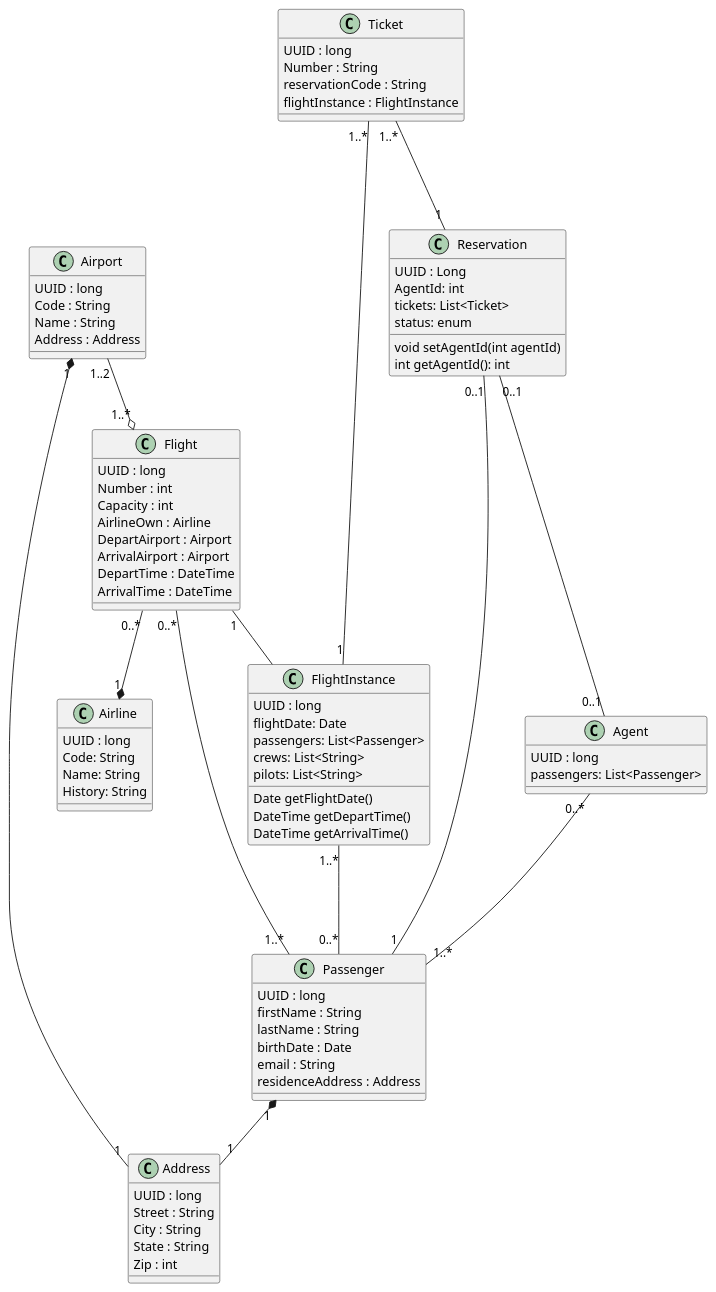
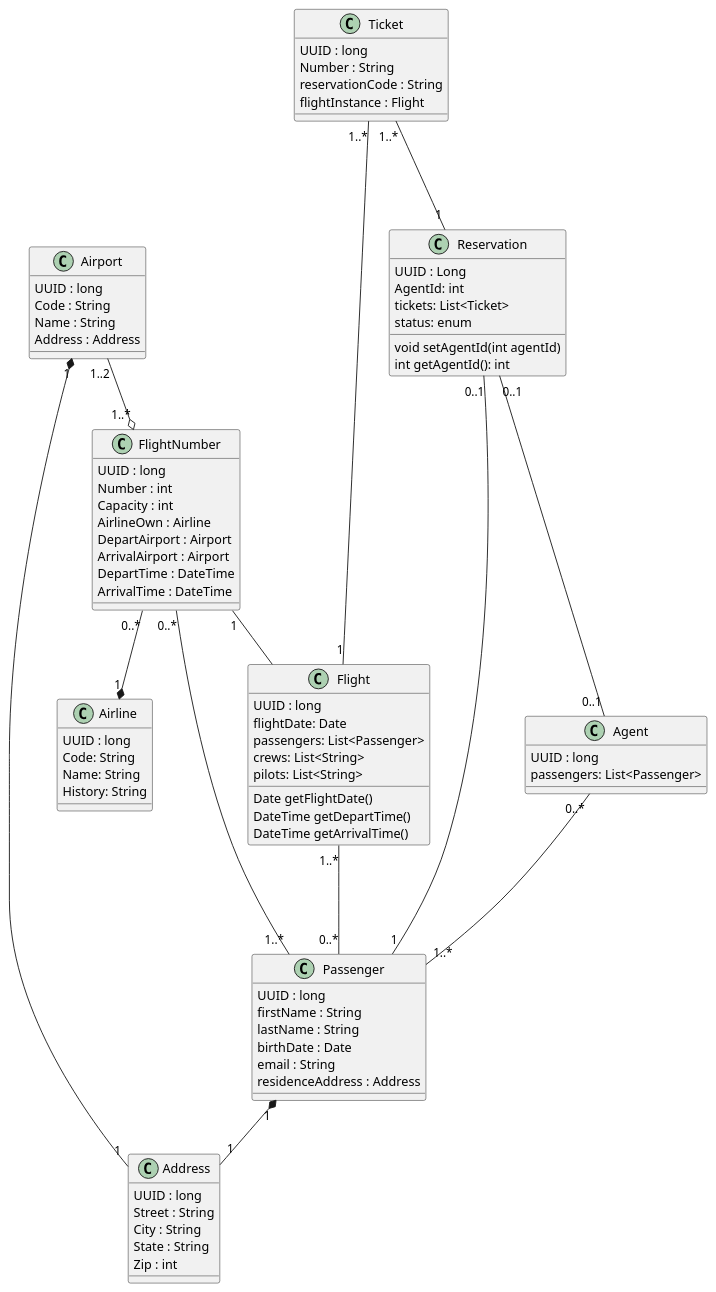
The diagram in Diagrams/Uml/Project.puml (AlperenElbasan/FlightReservationSystem), drawn with PlantUML before and after one commit.

Commit message:
change flight name

```diff
--- a/Diagrams/Uml/Project.puml
+++ b/Diagrams/Uml/Project.puml
@@ -1,97 +1,97 @@
 @startuml
 
 Class Airline {
     UUID : long 
     Code: String 
     Name: String
     History: String 
 }
 
 Class Airport{
     UUID : long
     Code : String
     Name : String
     Address : Address
 }
 
 Class Address{
     UUID : long
     Street : String
     City : String
     State : String
     Zip : int 
 }
 
-Class Flight{
+Class FlightNumber{
     UUID : long
     Number : int
     Capacity : int
     AirlineOwn : Airline
     DepartAirport : Airport
     ArrivalAirport : Airport
     DepartTime : DateTime
     ArrivalTime : DateTime
 }
 
-Class FlightInstance{
+Class Flight{
     UUID : long
     flightDate: Date
     passengers: List<Passenger>
     crews: List<String>
     pilots: List<String>
     Date getFlightDate()
     DateTime getDepartTime()
     DateTime getArrivalTime()
 }
 
 '  It has an id, date, list of passengers, list of crew (flight staff), list of pilots (usually there are at least two or more)
 
 Class Passenger {
     UUID : long
     firstName : String
     lastName : String 
     birthDate : Date
     email : String
     residenceAddress : Address
 }
 
 Class Reservation {
     UUID : Long
     AgentId: int
     void setAgentId(int agentId)
     int getAgentId(): int
     tickets: List<Ticket>
     status: enum
 }
 
 Class Agent {
     UUID : long
     passengers: List<Passenger>
 }
 
 Class Ticket {
     UUID : long
     Number : String 
     reservationCode : String
-    flightInstance : FlightInstance
+    flightInstance : Flight
 }
 
 Airport "1" *-- "1" Address
-Flight "0..*" --* "1" Airline
-Flight "1"-- FlightInstance
+FlightNumber "0..*" --* "1" Airline
+FlightNumber "1"-- Flight
 Passenger "1" *-- "1" Address
 
 Reservation "0..1" --- "1" Passenger
-Flight "0..*" --- "1..*" Passenger
+FlightNumber "0..*" --- "1..*" Passenger
 Ticket "1..*" --- "1" Reservation
 
-Ticket "1..*" --- "1" FlightInstance
+Ticket "1..*" --- "1" Flight
 
 Agent "0..*" --- "1..*" Passenger
 Reservation "0..1" --- "0..1" Agent
 
-FlightInstance "1..*" --- "0..*" Passenger
+Flight "1..*" --- "0..*" Passenger
 
-Airport "1..2" --o "1..*" Flight
+Airport "1..2" --o "1..*" FlightNumber
 
 @enduml
```
